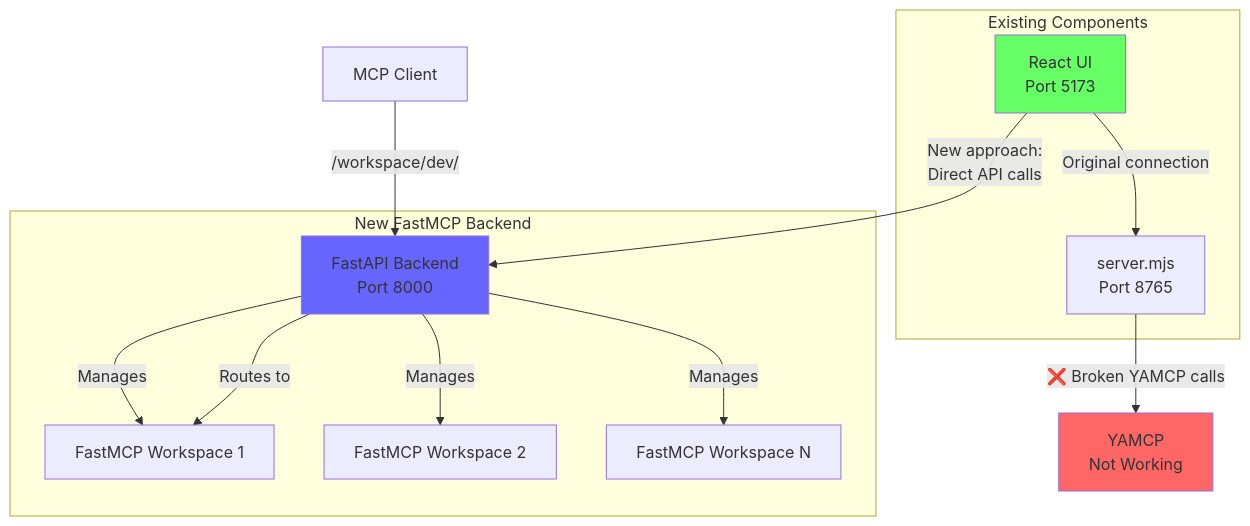
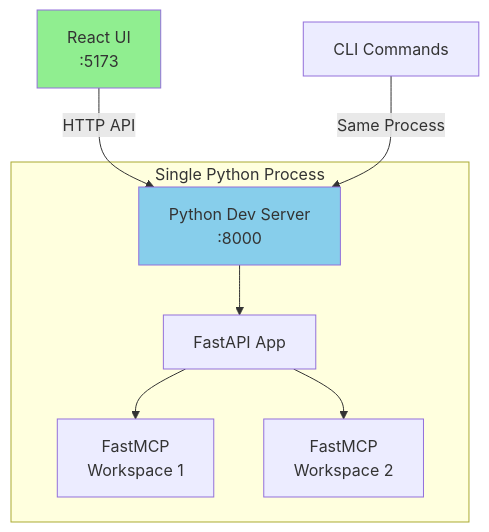
One commit to hrgarber/yamcp-ui-dockerized changed the first of 2 diagrams in wave_5/README.md. Above: the diagram before and after it, drawn with Mermaid. The commit also changed other lines of this file and 4 other files, not shown here.

First line of the commit message:
refactor: simplify Wave 5 to pure Python dev server with CLI

````diff
--- a/wave_5/README.md
+++ b/wave_5/README.md
@@ -9,29 +32,15 @@
 ```mermaid
 graph TB
-    subgraph "Existing Components"
-        UI[React UI<br/>Port 5173]
-        UIServer[server.mjs<br/>Port 8765]
+    UI[React UI<br/>:5173] -->|"HTTP API"| DevServer[Python Dev Server<br/>:8000]
+    
+    subgraph "Single Python Process"
+        DevServer --> FastAPI[FastAPI App]
+        FastAPI --> W1[FastMCP<br/>Workspace 1]
+        FastAPI --> W2[FastMCP<br/>Workspace 2]
     end
     
-    subgraph "New FastMCP Backend"
-        FastAPI[FastAPI Backend<br/>Port 8000]
-        FastMCP1[FastMCP Workspace 1]
-        FastMCP2[FastMCP Workspace 2]
-        FastMCPN[FastMCP Workspace N]
-    end
+    CLI[CLI Commands] -->|"Same Process"| DevServer
     
-    UI -->|"Original connection"| UIServer
-    UIServer -->|"❌ Broken YAMCP calls"| YAMCP[YAMCP<br/>Not Working]
-    
-    UI -->|"New approach:<br/>Direct API calls"| FastAPI
-    FastAPI -->|"Manages"| FastMCP1
-    FastAPI -->|"Manages"| FastMCP2
-    FastAPI -->|"Manages"| FastMCPN
-    
-    Client[MCP Client] -->|"/workspace/dev/"| FastAPI
-    FastAPI -->|"Routes to"| FastMCP1
-    
-    style YAMCP fill:#ff6666
-    style UI fill:#66ff66
-    style FastAPI fill:#6666ff
+    style UI fill:#90EE90
+    style DevServer fill:#87CEEB
 ```
````
